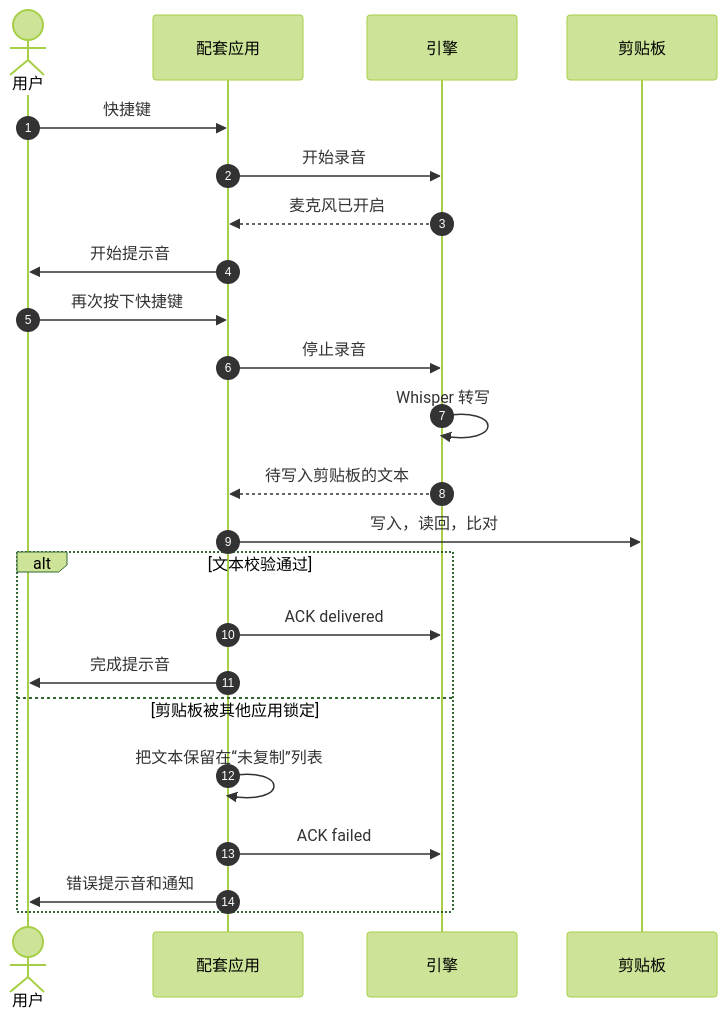
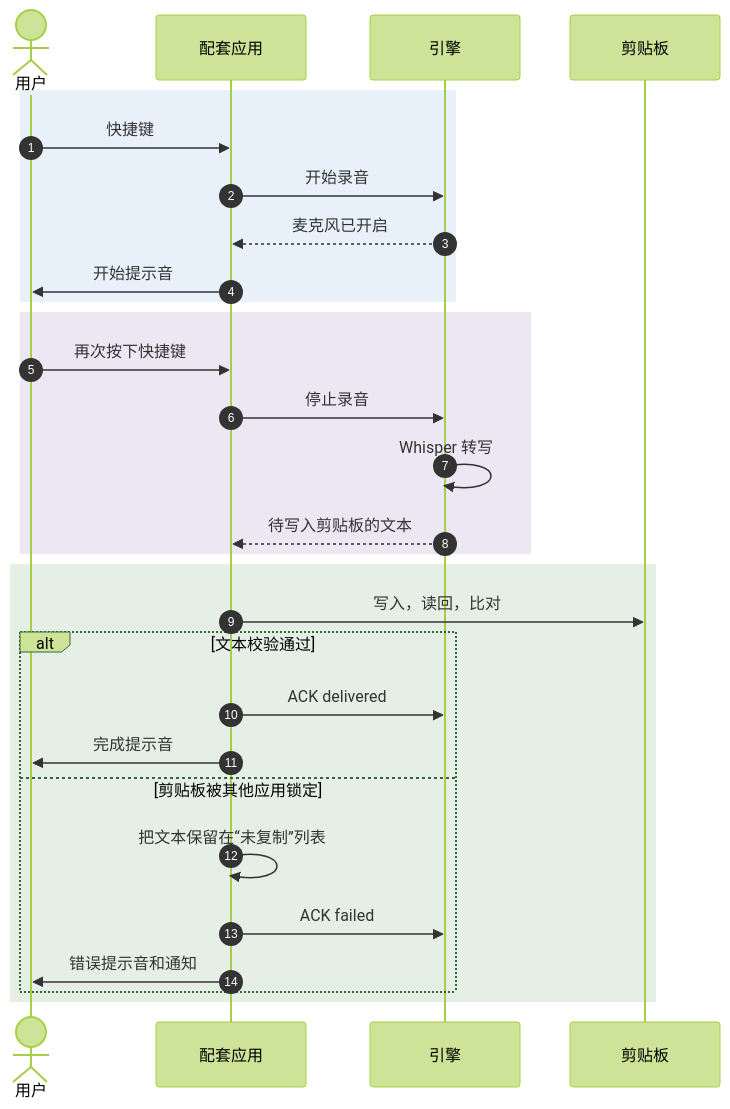
The third of 6 diagrams in README.zh-CN.md (nano-br/voice-mate), drawn with Mermaid (forest theme) before and after one commit. The commit also changed other lines of this file and 76 other files, not shown here.

````diff
--- a/README.zh-CN.md
+++ b/README.zh-CN.md
@@ -206,25 +298,31 @@
 ```mermaid
 sequenceDiagram
     autonumber
     actor U as 用户
     participant C as 配套应用
     participant E as 引擎
     participant CB as 剪贴板
-    U->>C: 快捷键
-    C->>E: 开始录音
-    E-->>C: 麦克风已开启
-    C->>U: 开始提示音
-    U->>C: 再次按下快捷键
-    C->>E: 停止录音
-    E->>E: Whisper 转写
-    E-->>C: 待写入剪贴板的文本
-    C->>CB: 写入，读回，比对
-    alt 文本校验通过
-        C->>E: ACK delivered
-        C->>U: 完成提示音
-    else 剪贴板被其他应用锁定
-        C->>C: 把文本保留在“未复制”列表
-        C->>E: ACK failed
-        C->>U: 错误提示音和通知
+    rect rgba(67,141,213,0.12)
+        U->>C: 快捷键
+        C->>E: 开始录音
+        E-->>C: 麦克风已开启
+        C->>U: 开始提示音
+    end
+    rect rgba(106,61,154,0.12)
+        U->>C: 再次按下快捷键
+        C->>E: 停止录音
+        E->>E: Whisper 转写
+        E-->>C: 待写入剪贴板的文本
+    end
+    rect rgba(46,125,50,0.12)
+        C->>CB: 写入，读回，比对
+        alt 文本校验通过
+            C->>E: ACK delivered
+            C->>U: 完成提示音
+        else 剪贴板被其他应用锁定
+            C->>C: 把文本保留在“未复制”列表
+            C->>E: ACK failed
+            C->>U: 错误提示音和通知
+        end
     end
 ```
````
